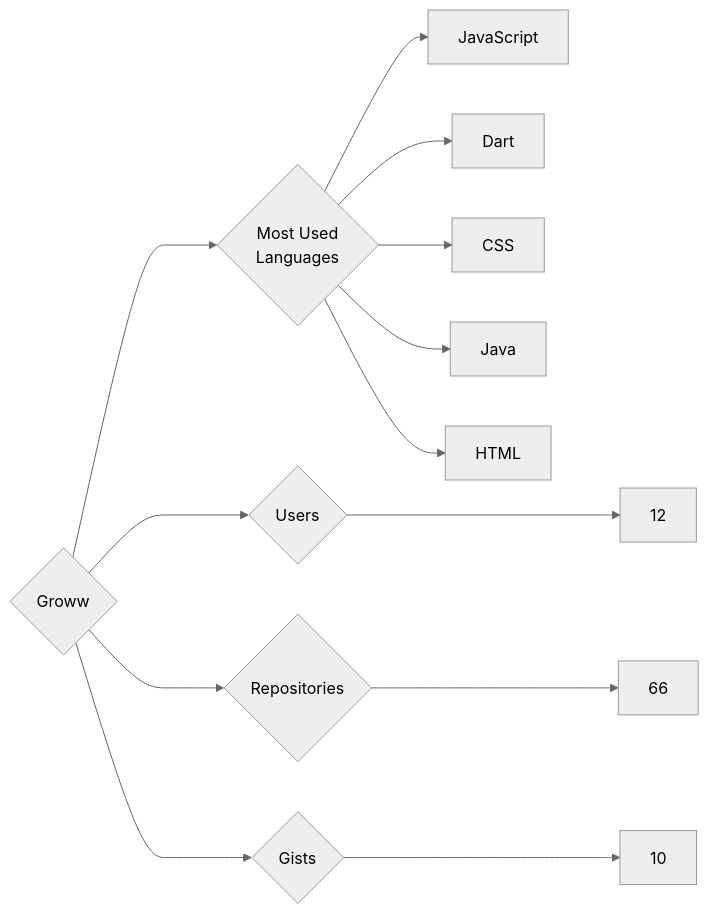
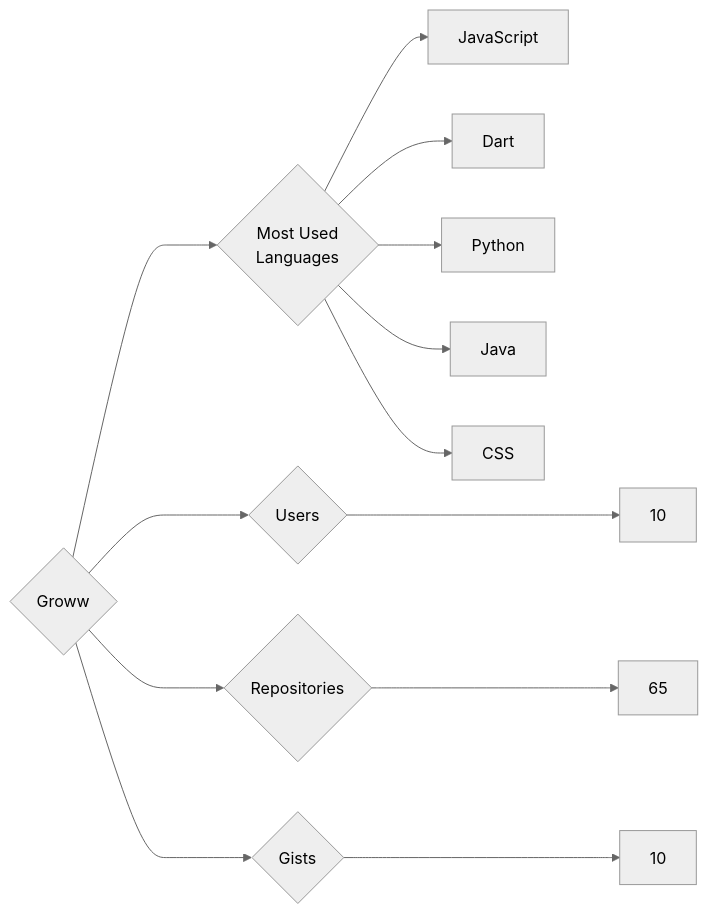
Before and after one commit to trickest/insiders: the diagram in targets/Groww/README.md, drawn with Mermaid (neutral theme). The commit also changed 1167 other files, not shown here.

````diff
--- a/targets/Groww/README.md
+++ b/targets/Groww/README.md
@@ -3,13 +3,13 @@
 ```mermaid
 graph LR
 COMPANY_NAME{Groww}
-COMPANY_NAME ---> U{Users} ---> UN[12]
-COMPANY_NAME ---> R{Repositories} ---> RN[66]
+COMPANY_NAME ---> U{Users} ---> UN[10]
+COMPANY_NAME ---> R{Repositories} ---> RN[65]
 COMPANY_NAME ---> G{Gists} ---> GN[10]
 COMPANY_NAME ---> ML{Most Used<br>Languages}
 ML --> JavaScript[JavaScript]
 ML --> Dart[Dart]
+ML --> Python[Python]
+ML --> Java[Java]
 ML --> CSS[CSS]
-ML --> Java[Java]
-ML --> HTML[HTML]
 ```
````
